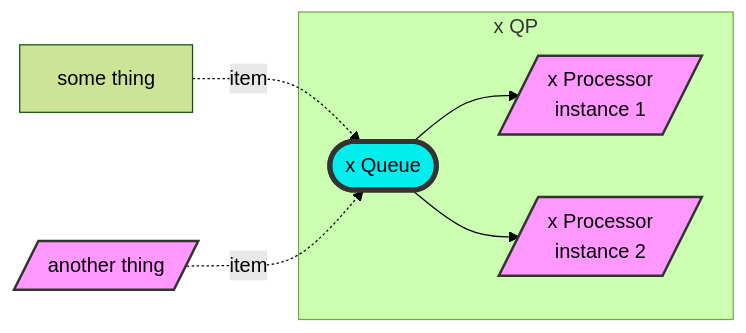
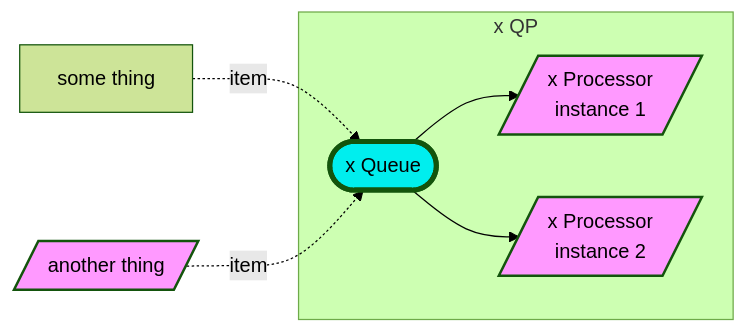
Before and after one commit to yoomlam/camelapp: the first of 2 diagrams in README.md, drawn with Mermaid (forest theme). The commit also changed other lines of this file, not shown here.

````diff
--- a/README.md
+++ b/README.md
@@ -27,13 +29,13 @@
 ```mermaid
 flowchart LR
 something1[some thing] & anotherthing[/another thing/] -.item.-> someQ
 
 subgraph some-qp[x QP]
   someQ([x Queue]) --> someProcess[/x Processor\ninstance 1/] & someProcess2[/x Processor\ninstance 2/]
 end
 
-classDef queue fill:#0ee,stroke:#333,stroke-width:4px
+classDef queue fill:#0ee,stroke-width:4px
 class someQ queue
-classDef processor fill:#f9f,stroke:#333,stroke-width:2px
+classDef processor fill:#f9f,stroke-width:2px
 class anotherthing,someProcess,someProcess2 processor
 ```
````
